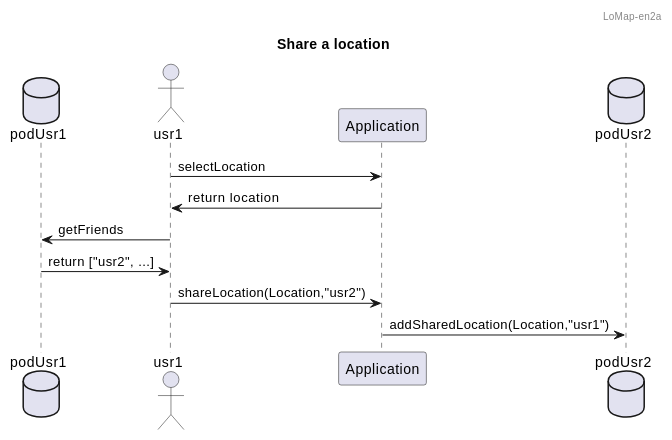
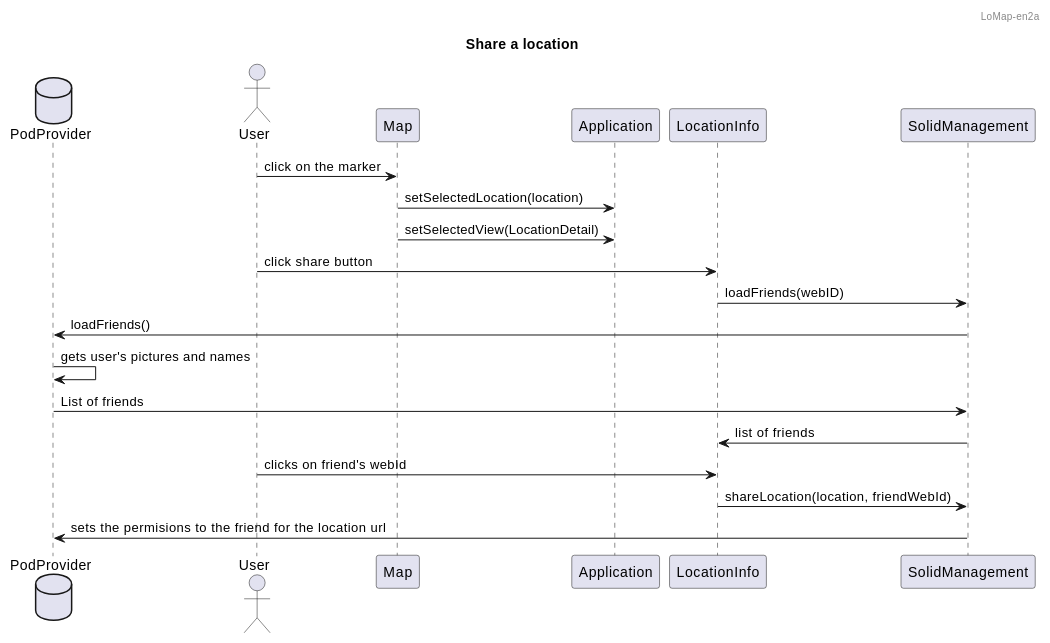
The fifth of 5 diagrams in docs/06_runtime_view.adoc (Arquisoft/lomap_en2a), drawn with PlantUML before and after one commit. The commit also changed other lines of this file, not shown here.

Commit message:
Runtime view.

```diff
--- a/docs/06_runtime_view.adoc
+++ b/docs/06_runtime_view.adoc
@@ -124,21 +141,26 @@
 [plantuml,"Share a location with friends",png]
 ----
 @startuml
 
 header LoMap-en2a
 
 title Share a location
 
-database podUsr1
-actor usr1
+database PodProvider
+actor User
 
-usr1 -> Application : selectLocation
-Application -> usr1 : return location
-usr1 -> podUsr1 : getFriends
-podUsr1 ->usr1 : return ["usr2", ...]
-usr1 -> Application : shareLocation(Location,"usr2")
-database podUsr2
-Application -> podUsr2 : addSharedLocation(Location,"usr1")
+User -> Map : click on the marker
+Map -> Application: setSelectedLocation(location)
+Map -> Application: setSelectedView(LocationDetail)
+User -> LocationInfo: click share button
+LocationInfo -> SolidManagement: loadFriends(webID)
+SolidManagement -> PodProvider: loadFriends()
+PodProvider -> PodProvider: gets user's pictures and names
+PodProvider -> SolidManagement: List of friends
+SolidManagement -> LocationInfo: list of friends
+User -> LocationInfo: clicks on friend's webId
+LocationInfo -> SolidManagement: shareLocation(location, friendWebId)
+SolidManagement -> PodProvider: sets the permisions to the friend for the location url
 
 @enduml
 ----
```
